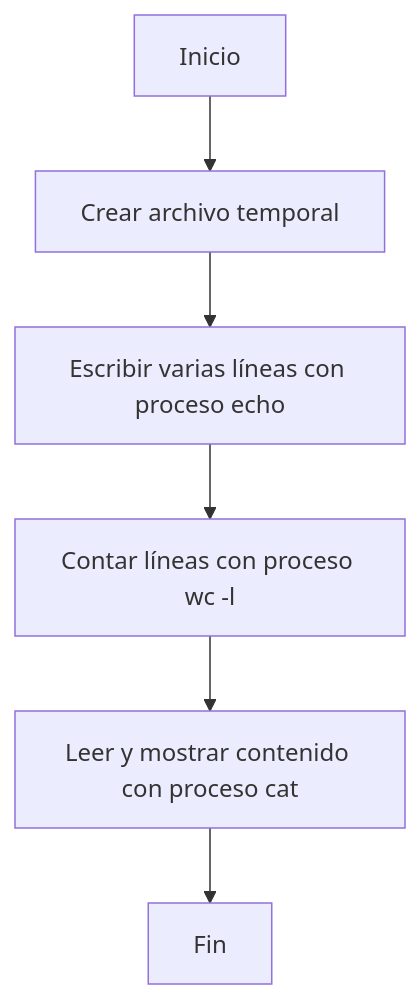
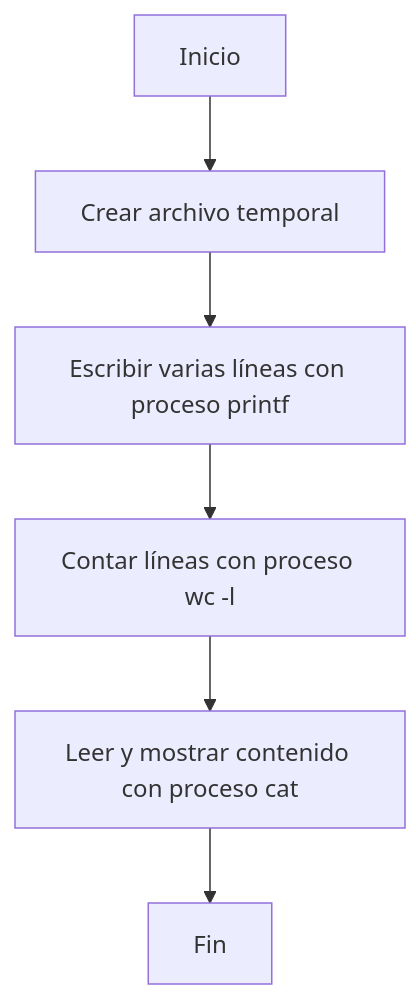
The diagram in docs/tema1-fundamentos/01-index.mdx (resuacode/psp), drawn with Mermaid before and after one commit. The commit also changed other lines of this file and 46 other files, not shown here.

````diff
--- a/docs/tema1-fundamentos/01-index.mdx
+++ b/docs/tema1-fundamentos/01-index.mdx
@@ -430,8 +453,8 @@
 ```mermaid
 flowchart TD
     A[Inicio] --> B[Crear archivo temporal]
-    B --> C[Escribir varias líneas con proceso echo]
+    B --> C[Escribir varias líneas con proceso printf]
     C --> D[Contar líneas con proceso wc -l]
     D --> E[Leer y mostrar contenido con proceso cat]
     E --> F[Fin]
 ```
````
